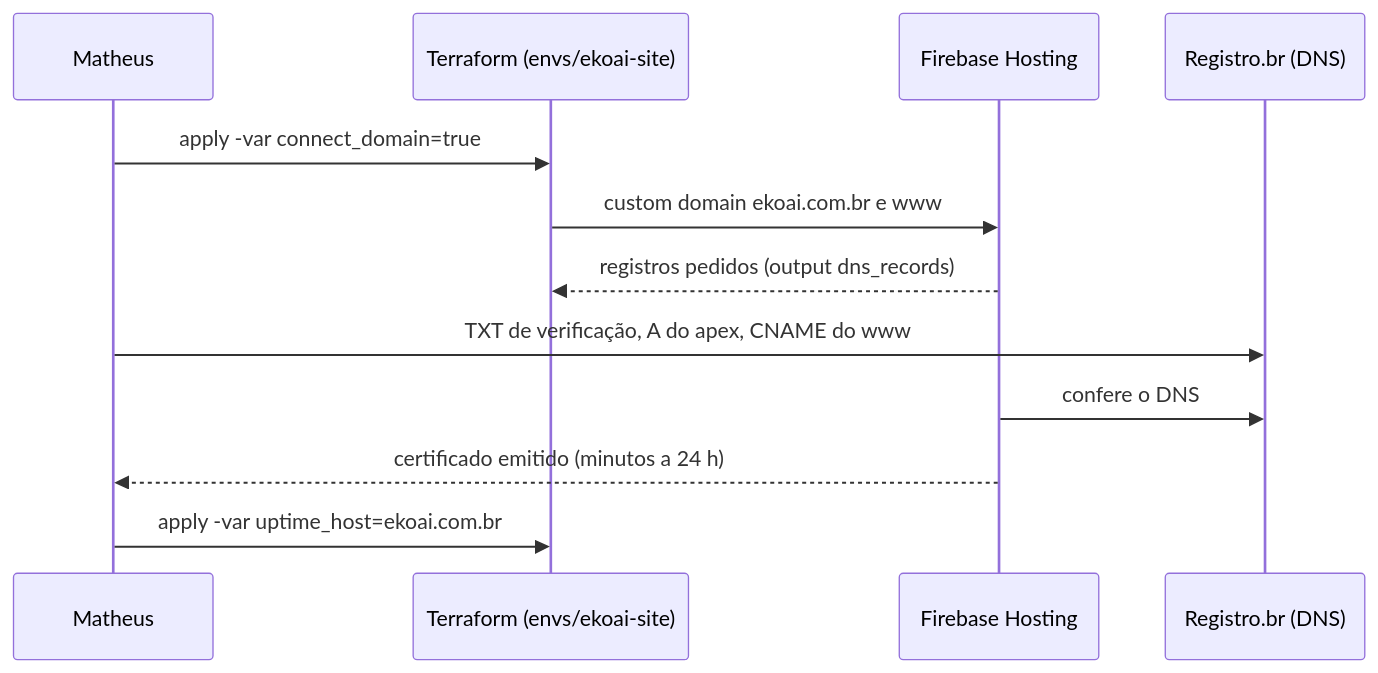
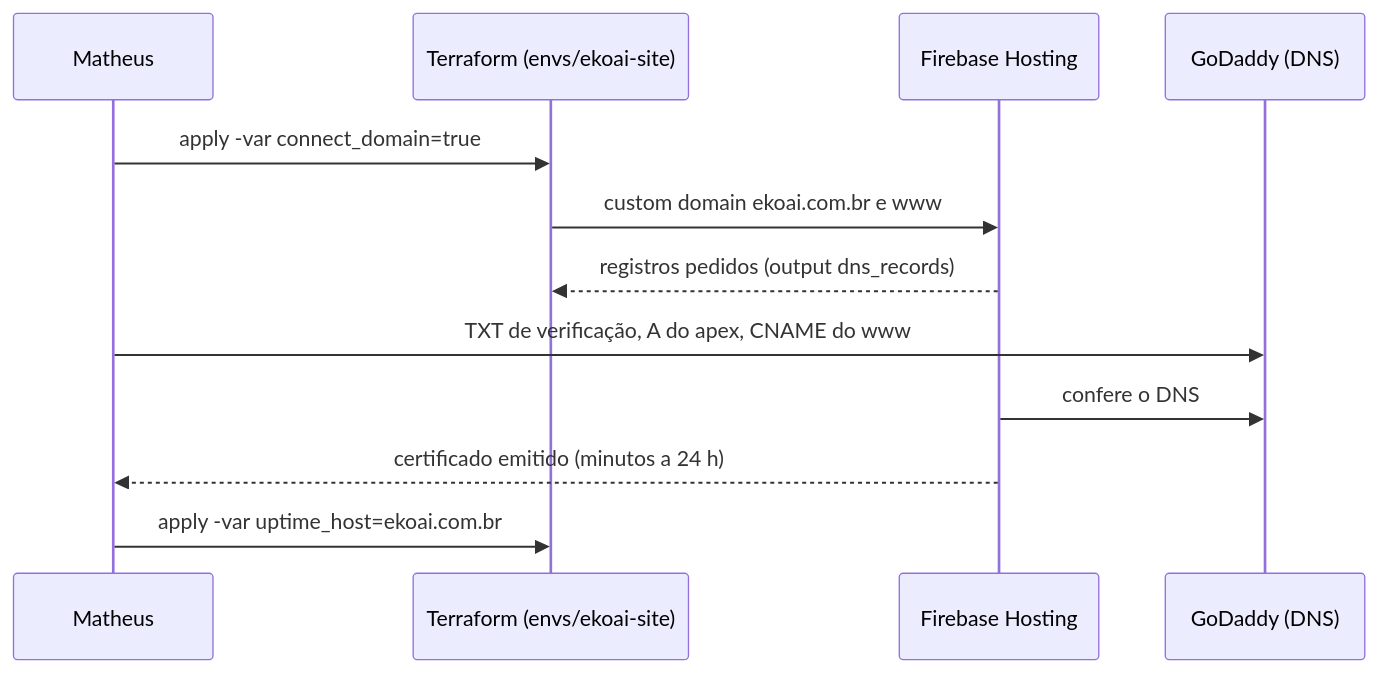
Before and after one commit to bez-company/ekoai-platform: the diagram in docs/specs/015-site-da-ekoai-em-ekoai-com-br.md, drawn with Mermaid. The commit also changed other lines of this file and 3 other files, not shown here.

Commit message:
docs: ekoai.com.br DNS is served by GoDaddy and the site went live before pricing

````diff
--- a/docs/specs/015-site-da-ekoai-em-ekoai-com-br.md
+++ b/docs/specs/015-site-da-ekoai-em-ekoai-com-br.md
@@ -86,14 +91,14 @@
 ```mermaid
 sequenceDiagram
   participant M as Matheus
   participant TF as Terraform (envs/ekoai-site)
   participant FH as Firebase Hosting
-  participant RB as Registro.br (DNS)
+  participant RB as GoDaddy (DNS)
   M->>TF: apply -var connect_domain=true
   TF->>FH: custom domain ekoai.com.br e www
   FH-->>TF: registros pedidos (output dns_records)
   M->>RB: TXT de verificação, A do apex, CNAME do www
   FH->>RB: confere o DNS
   FH-->>M: certificado emitido (minutos a 24 h)
   M->>TF: apply -var uptime_host=ekoai.com.br
 ```
````
